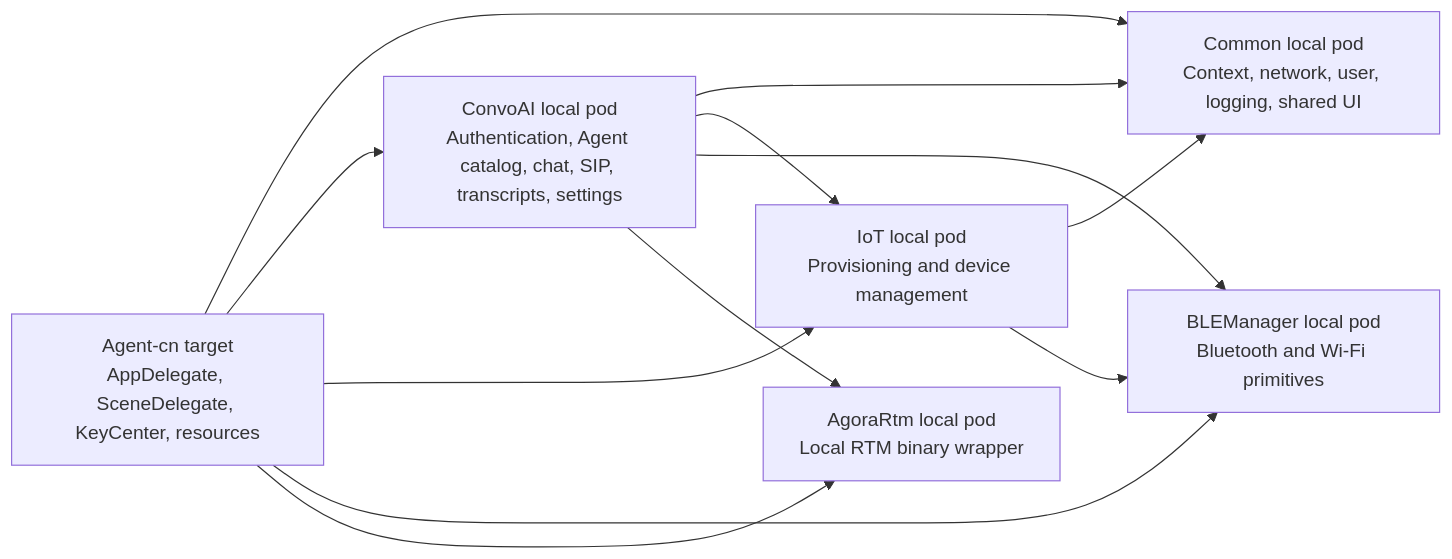
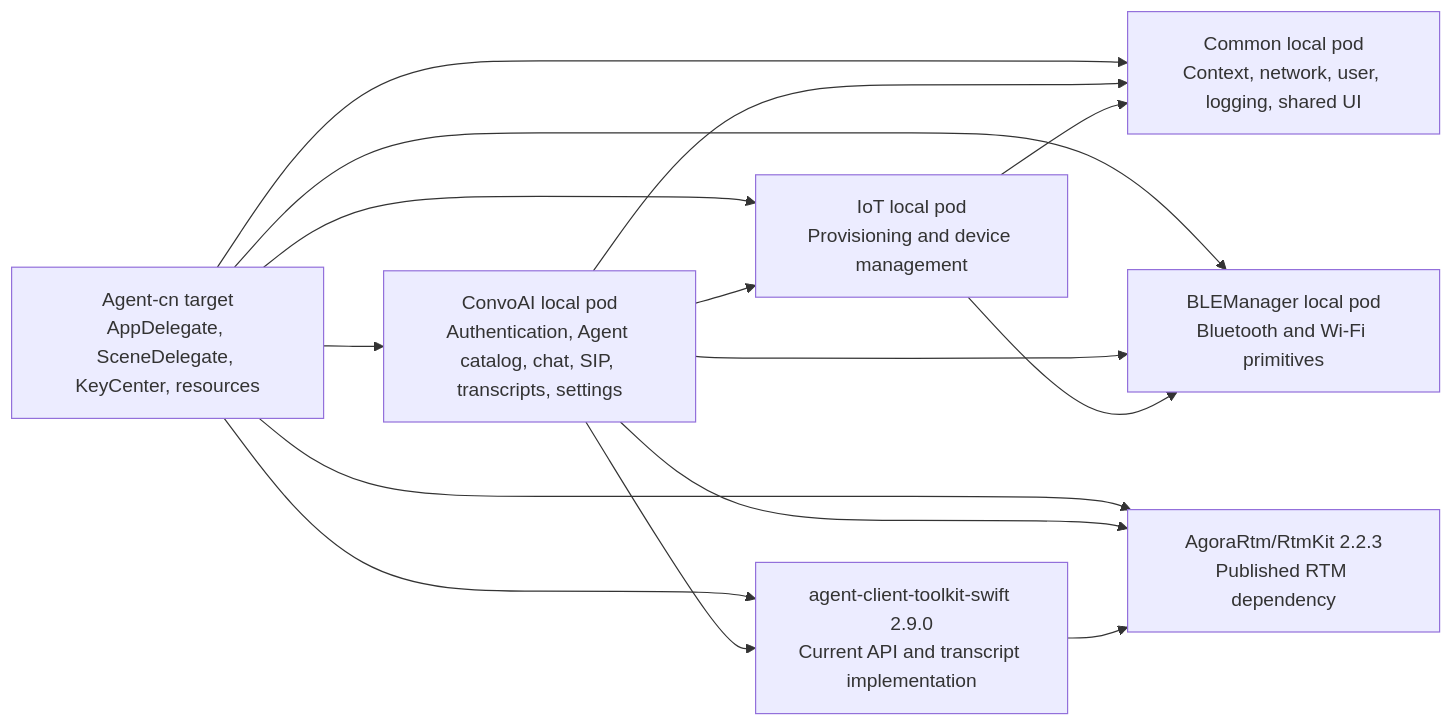
One commit to Shengwang-Community/Conversational-AI-Demo changed the first of 6 diagrams in iOS/ARCHITECTURE.md. Above: the diagram before and after it, drawn with Mermaid. The commit also changed other lines of this file and 32 other files, not shown here.

First line of the commit message:
refactor(ios): adopt agent client toolkit

````diff
--- a/iOS/ARCHITECTURE.md
+++ b/iOS/ARCHITECTURE.md
@@ -23,14 +23,17 @@
 ```mermaid
 flowchart LR
   app["Agent-cn target\nAppDelegate, SceneDelegate, KeyCenter, resources"] --> common["Common local pod\nContext, network, user, logging, shared UI"]
   app --> convo["ConvoAI local pod\nAuthentication, Agent catalog, chat, SIP, transcripts, settings"]
   app --> iot["IoT local pod\nProvisioning and device management"]
   app --> ble["BLEManager local pod\nBluetooth and Wi-Fi primitives"]
-  app --> rtm["AgoraRtm local pod\nLocal RTM binary wrapper"]
+  app --> toolkit["agent-client-toolkit-swift 2.9.0\nCurrent API and transcript implementation"]
+  app --> rtm["AgoraRtm/RtmKit 2.2.3\nPublished RTM dependency"]
   convo --> common
   convo --> iot
   convo --> ble
+  convo --> toolkit
   convo --> rtm
+  toolkit --> rtm
   iot --> common
   iot --> ble
 ```
````
